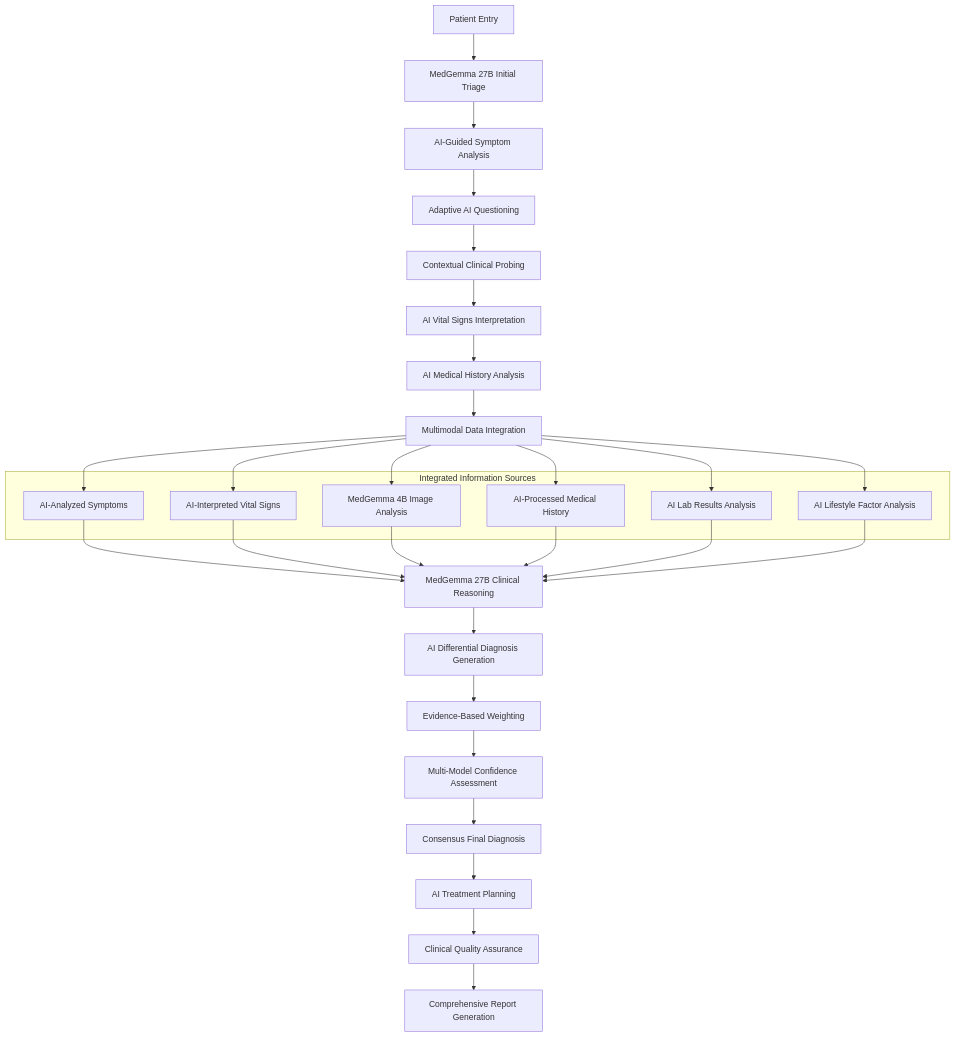
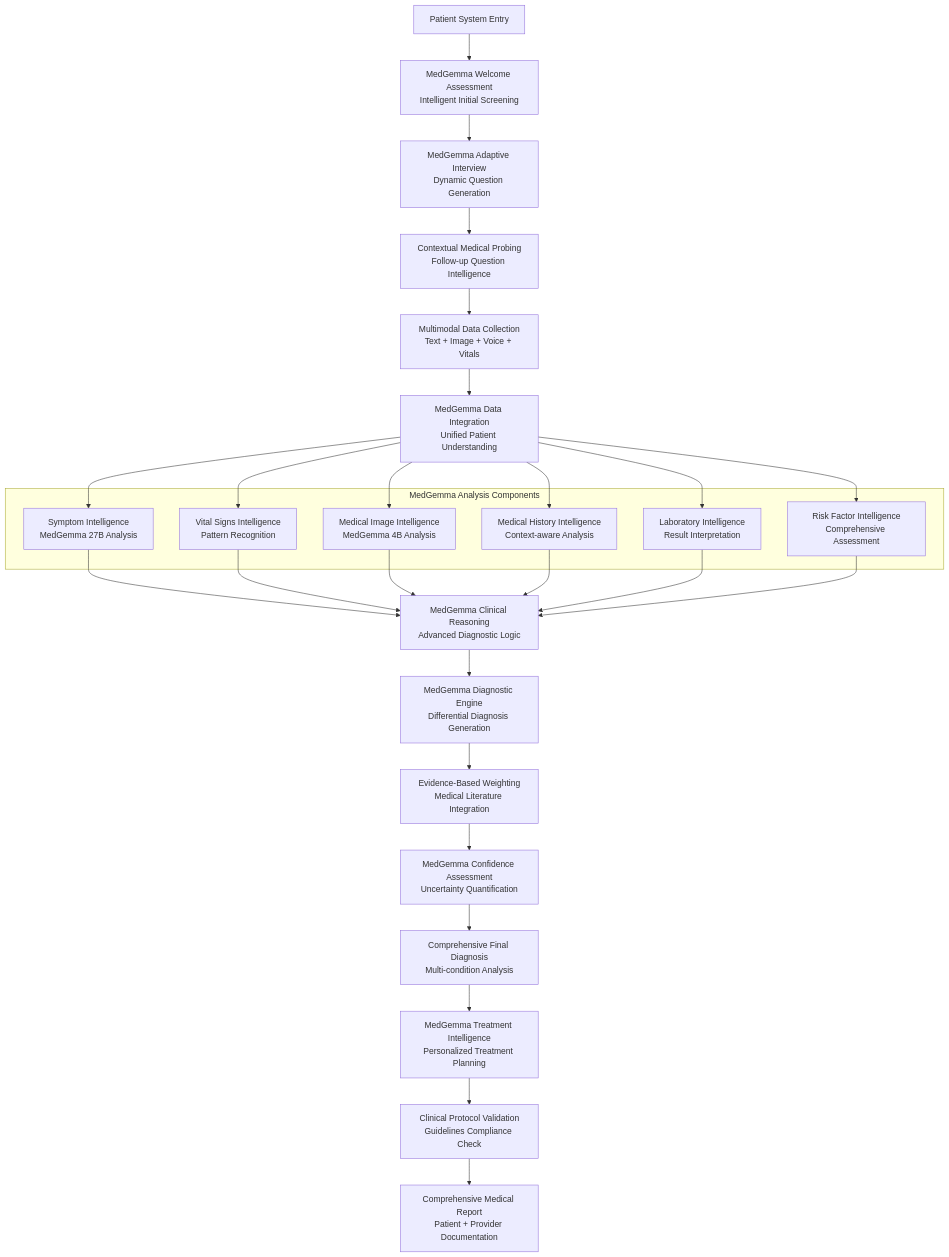
The seventh of 7 diagrams in System diagrams/system_diagrams.md (Assem-ElQersh/MedFlow-AI-Medical-Assistance-System), drawn with Mermaid before and after one commit. The commit also changed other lines of this file, not shown here.

````diff
--- a/System diagrams/system_diagrams.md
+++ b/System diagrams/system_diagrams.md
@@ -305,44 +322,42 @@
 ```mermaid
 flowchart TD
-    Start[Patient Entry] --> AITriage[MedGemma 27B Initial Triage]
-    AITriage --> SymptomAnalysis[AI-Guided Symptom Analysis]
+    PatientEntry[Patient System Entry] --> MedGemmaWelcome[MedGemma Welcome Assessment<br/>Intelligent Initial Screening]
     
-    SymptomAnalysis --> AdaptiveQuestioning[Adaptive AI Questioning]
-    AdaptiveQuestioning --> ContextualProbing[Contextual Clinical Probing]
-    ContextualProbing --> VitalSignsAI[AI Vital Signs Interpretation]
-    VitalSignsAI --> HistoryAnalysis[AI Medical History Analysis]
+    MedGemmaWelcome --> AdaptiveInterview[MedGemma Adaptive Interview<br/>Dynamic Question Generation]
+    AdaptiveInterview --> ContextualProbing[Contextual Medical Probing<br/>Follow-up Question Intelligence]
+    ContextualProbing --> MultimodalCollection[Multimodal Data Collection<br/>Text + Image + Voice + Vitals]
     
-    HistoryAnalysis --> MultiModalIntegration[Multimodal Data Integration]
+    MultimodalCollection --> MedGemmaIntegration[MedGemma Data Integration<br/>Unified Patient Understanding]
     
-    subgraph "Integrated Information Sources"
-        Symptoms[AI-Analyzed Symptoms]
-        Vitals[AI-Interpreted Vital Signs]
-        Images[MedGemma 4B Image Analysis]
-        History[AI-Processed Medical History]
-        Lab[AI Lab Results Analysis]
-        Lifestyle[AI Lifestyle Factor Analysis]
+    subgraph "MedGemma Analysis Components"
+        SymptomIntelligence[Symptom Intelligence<br/>MedGemma 27B Analysis]
+        VitalIntelligence[Vital Signs Intelligence<br/>Pattern Recognition]
+        ImageIntelligence[Medical Image Intelligence<br/>MedGemma 4B Analysis]
+        HistoryIntelligence[Medical History Intelligence<br/>Context-aware Analysis]
+        LabIntelligence[Laboratory Intelligence<br/>Result Interpretation]
+        RiskIntelligence[Risk Factor Intelligence<br/>Comprehensive Assessment]
     end
 
-    MultiModalIntegration --> Symptoms
-    MultiModalIntegration --> Vitals
-    MultiModalIntegration --> Images
-    MultiModalIntegration --> History
-    MultiModalIntegration --> Lab
-    MultiModalIntegration --> Lifestyle
+    MedGemmaIntegration --> SymptomIntelligence
+    MedGemmaIntegration --> VitalIntelligence
+    MedGemmaIntegration --> ImageIntelligence
+    MedGemmaIntegration --> HistoryIntelligence
+    MedGemmaIntegration --> LabIntelligence
+    MedGemmaIntegration --> RiskIntelligence
     
-    Symptoms --> ClinicalReasoning[MedGemma 27B Clinical Reasoning]
-    Vitals --> ClinicalReasoning
-    Images --> ClinicalReasoning
-    History --> ClinicalReasoning
-    Lab --> ClinicalReasoning
-    Lifestyle --> ClinicalReasoning
+    SymptomIntelligence --> ClinicalReasoning[MedGemma Clinical Reasoning<br/>Advanced Diagnostic Logic]
+    VitalIntelligence --> ClinicalReasoning
+    ImageIntelligence --> ClinicalReasoning
+    HistoryIntelligence --> ClinicalReasoning
+    LabIntelligence --> ClinicalReasoning
+    RiskIntelligence --> ClinicalReasoning
     
-    ClinicalReasoning --> DifferentialDiagnosis[AI Differential Diagnosis Generation]
-    DifferentialDiagnosis --> EvidenceWeighting[Evidence-Based Weighting]
-    EvidenceWeighting --> ConfidenceAssessment[Multi-Model Confidence Assessment]
-    ConfidenceAssessment --> FinalDiagnosis[Consensus Final Diagnosis]
+    ClinicalReasoning --> DiagnosticEngine[MedGemma Diagnostic Engine<br/>Differential Diagnosis Generation]
+    DiagnosticEngine --> EvidenceWeighting[Evidence-Based Weighting<br/>Medical Literature Integration]
+    EvidenceWeighting --> ConfidenceAssessment[MedGemma Confidence Assessment<br/>Uncertainty Quantification]
+    ConfidenceAssessment --> FinalDiagnosis[Comprehensive Final Diagnosis<br/>Multi-condition Analysis]
     
-    FinalDiagnosis --> TreatmentPlanning[AI Treatment Planning]
-    TreatmentPlanning --> QualityAssurance[Clinical Quality Assurance]
-    QualityAssurance --> OutputGeneration[Comprehensive Report Generation]
+    FinalDiagnosis --> TreatmentIntelligence[MedGemma Treatment Intelligence<br/>Personalized Treatment Planning]
+    TreatmentIntelligence --> ClinicalValidation[Clinical Protocol Validation<br/>Guidelines Compliance Check]
+    ClinicalValidation --> ComprehensiveOutput[Comprehensive Medical Report<br/>Patient + Provider Documentation]
 ```
````
